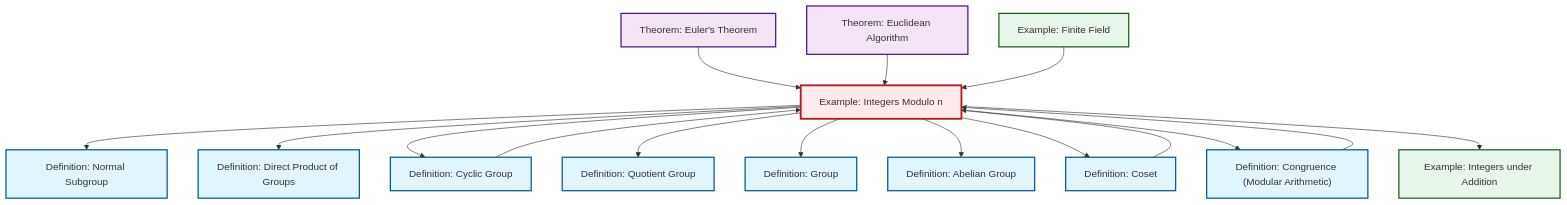
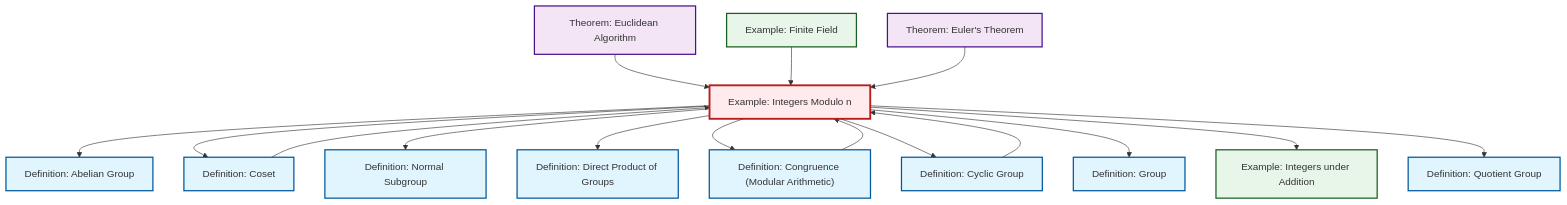
The diagram in content/en/algebra/ex-quotient-integers-mod-n.qmd (RK0429/ModernMath), drawn with Mermaid before and after one commit. The commit also changed other lines of this file and 531 other files, not shown here.

````diff
--- a/content/en/algebra/ex-quotient-integers-mod-n.qmd
+++ b/content/en/algebra/ex-quotient-integers-mod-n.qmd
@@ -133,50 +133,50 @@
 ```{mermaid}
 %%| fig-cap: "Local dependency graph"
 graph TD
     classDef definition fill:#e1f5fe,stroke:#01579b,stroke-width:2px
     classDef theorem fill:#f3e5f5,stroke:#4a148c,stroke-width:2px
     classDef axiom fill:#fff3e0,stroke:#e65100,stroke-width:2px
     classDef example fill:#e8f5e9,stroke:#1b5e20,stroke-width:2px
     classDef current fill:#ffebee,stroke:#b71c1c,stroke-width:3px
+    ex-finite-field["Example: Finite Field"]:::example
+    def-abelian-group["Definition: Abelian Group"]:::definition
+    def-cyclic-group["Definition: Cyclic Group"]:::definition
+    def-quotient-group["Definition: Quotient Group"]:::definition
+    thm-euler["Theorem: Euler's Theorem"]:::theorem
+    def-direct-product["Definition: Direct Product of Groups"]:::definition
+    def-congruence["Definition: Congruence (Modular Arithmetic)"]:::definition
+    def-group["Definition: Group"]:::definition
     def-normal-subgroup["Definition: Normal Subgroup"]:::definition
     ex-quotient-integers-mod-n["Example: Integers Modulo n"]:::example
+    ex-integers-addition["Example: Integers under Addition"]:::example
     def-coset["Definition: Coset"]:::definition
-    def-quotient-group["Definition: Quotient Group"]:::definition
-    ex-integers-addition["Example: Integers under Addition"]:::example
-    thm-euler["Theorem: Euler's Theorem"]:::theorem
-    def-cyclic-group["Definition: Cyclic Group"]:::definition
-    def-group["Definition: Group"]:::definition
-    def-congruence["Definition: Congruence (Modular Arithmetic)"]:::definition
-    ex-finite-field["Example: Finite Field"]:::example
-    def-abelian-group["Definition: Abelian Group"]:::definition
-    def-direct-product["Definition: Direct Product of Groups"]:::definition
     thm-euclidean-algorithm["Theorem: Euclidean Algorithm"]:::theorem
     def-cyclic-group --> ex-quotient-integers-mod-n
+    def-coset --> ex-quotient-integers-mod-n
+    ex-quotient-integers-mod-n --> def-abelian-group
+    thm-euclidean-algorithm --> ex-quotient-integers-mod-n
+    ex-finite-field --> ex-quotient-integers-mod-n
+    ex-quotient-integers-mod-n --> def-coset
     thm-euler --> ex-quotient-integers-mod-n
     ex-quotient-integers-mod-n --> def-normal-subgroup
     ex-quotient-integers-mod-n --> def-direct-product
+    ex-quotient-integers-mod-n --> def-congruence
     ex-quotient-integers-mod-n --> def-cyclic-group
-    thm-euclidean-algorithm --> ex-quotient-integers-mod-n
-    def-coset --> ex-quotient-integers-mod-n
+    ex-quotient-integers-mod-n --> def-group
     def-congruence --> ex-quotient-integers-mod-n
+    ex-quotient-integers-mod-n --> ex-integers-addition
     ex-quotient-integers-mod-n --> def-quotient-group
-    ex-finite-field --> ex-quotient-integers-mod-n
-    ex-quotient-integers-mod-n --> def-group
-    ex-quotient-integers-mod-n --> def-abelian-group
-    ex-quotient-integers-mod-n --> def-coset
-    ex-quotient-integers-mod-n --> def-congruence
-    ex-quotient-integers-mod-n --> ex-integers-addition
     class ex-quotient-integers-mod-n current
-    click def-normal-subgroup "def-normal-subgroup.html" "Go to Normal Subgroup definition"
-    click def-coset "def-coset.html" "Go to Coset definition"
-    click def-quotient-group "def-quotient-group.html" "Go to Quotient Group definition"
-    click ex-integers-addition "ex-integers-addition.html" "Go to Integers under Addition example"
-    click thm-euler "thm-euler.html" "Go to Euler's Theorem theorem"
-    click def-cyclic-group "def-cyclic-group.html" "Go to Cyclic Group definition"
-    click def-group "def-group.html" "Go to Group definition"
-    click def-congruence "def-congruence.html" "Go to Congruence (Modular Arithmetic) definition"
     click ex-finite-field "ex-finite-field.html" "Go to Finite Field example"
     click def-abelian-group "def-abelian-group.html" "Go to Abelian Group definition"
+    click def-cyclic-group "def-cyclic-group.html" "Go to Cyclic Group definition"
+    click def-quotient-group "def-quotient-group.html" "Go to Quotient Group definition"
+    click thm-euler "thm-euler.html" "Go to Euler's Theorem theorem"
     click def-direct-product "def-direct-product.html" "Go to Direct Product of Groups definition"
+    click def-congruence "def-congruence.html" "Go to Congruence (Modular Arithmetic) definition"
+    click def-group "def-group.html" "Go to Group definition"
+    click def-normal-subgroup "def-normal-subgroup.html" "Go to Normal Subgroup definition"
+    click ex-integers-addition "ex-integers-addition.html" "Go to Integers under Addition example"
+    click def-coset "def-coset.html" "Go to Coset definition"
     click thm-euclidean-algorithm "thm-euclidean-algorithm.html" "Go to Euclidean Algorithm theorem"
 ```
````
